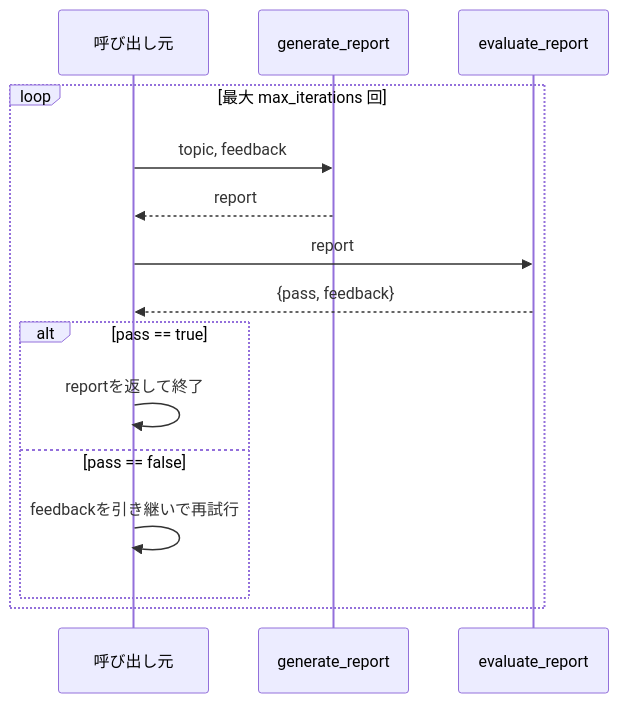
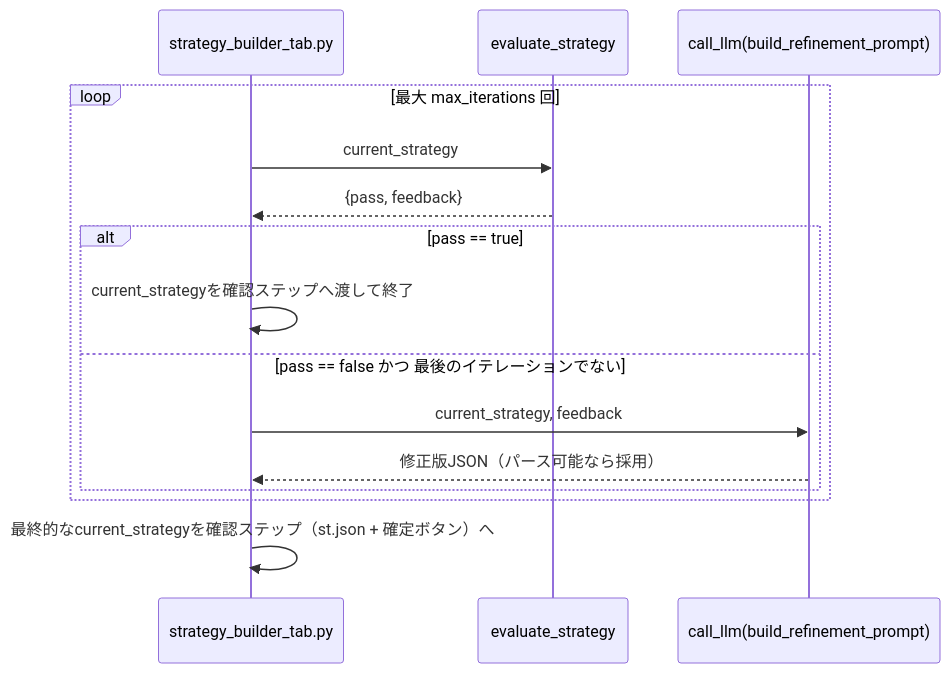
Before and after one commit to duwenji/genai-app-integration-tutorial: the diagram in docs/05-agentic-workflow-patterns/04-evaluator-optimizer.md, drawn with Mermaid. The commit also changed other lines of this file and 7 other files, not shown here.

````diff
--- a/docs/05-agentic-workflow-patterns/04-evaluator-optimizer.md
+++ b/docs/05-agentic-workflow-patterns/04-evaluator-optimizer.md
@@ -82,18 +99,18 @@
 ```mermaid
 sequenceDiagram
-    participant Caller as 呼び出し元
-    participant Gen as generate_report
-    participant Eval as evaluate_report
+    participant Caller as strategy_builder_tab.py
+    participant Eval as evaluate_strategy
+    participant Refine as call_llm(build_refinement_prompt)
 
     loop 最大 max_iterations 回
-        Caller->>Gen: topic, feedback
-        Gen-->>Caller: report
-        Caller->>Eval: report
+        Caller->>Eval: current_strategy
         Eval-->>Caller: {pass, feedback}
         alt pass == true
-            Caller->>Caller: reportを返して終了
-        else pass == false
-            Caller->>Caller: feedbackを引き継いで再試行
+            Caller->>Caller: current_strategyを確認ステップへ渡して終了
+        else pass == false かつ 最後のイテレーションでない
+            Caller->>Refine: current_strategy, feedback
+            Refine-->>Caller: 修正版JSON（パース可能なら採用）
         end
     end
+    Caller->>Caller: 最終的なcurrent_strategyを確認ステップ（st.json + 確定ボタン）へ
 ```
````
